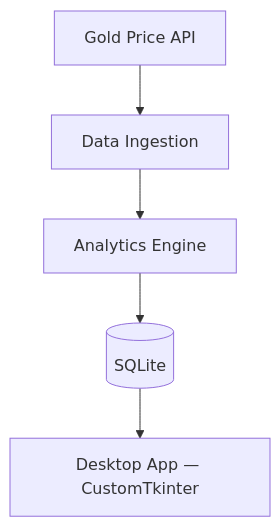
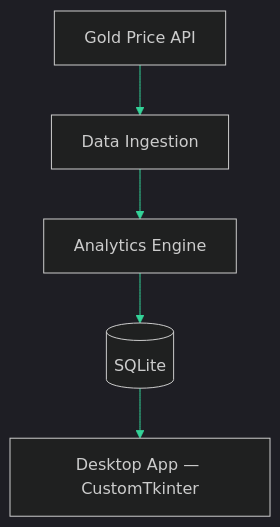
The first of 2 diagrams in README.md (harsha-vardhan-burra/harsha-vardhan-burra), drawn with Mermaid before and after one commit. The commit also changed other lines of this file and 15 other files, not shown here.

````diff
--- a/README.md
+++ b/README.md
@@ -66,7 +65,8 @@
 ```mermaid
+%%{init: {'theme': 'dark', 'themeVariables': {'primaryColor': '#34D399', 'primaryTextColor': '#fff', 'primaryBorderColor': '#34D399', 'lineColor': '#34D399', 'background': '#0d1117'}}}%%
 flowchart TD
     A[Gold Price API] --> B[Data Ingestion]
     B --> C[Analytics Engine]
     C --> D[(SQLite)]
     D --> E[Desktop App — CustomTkinter]
 ```
````
